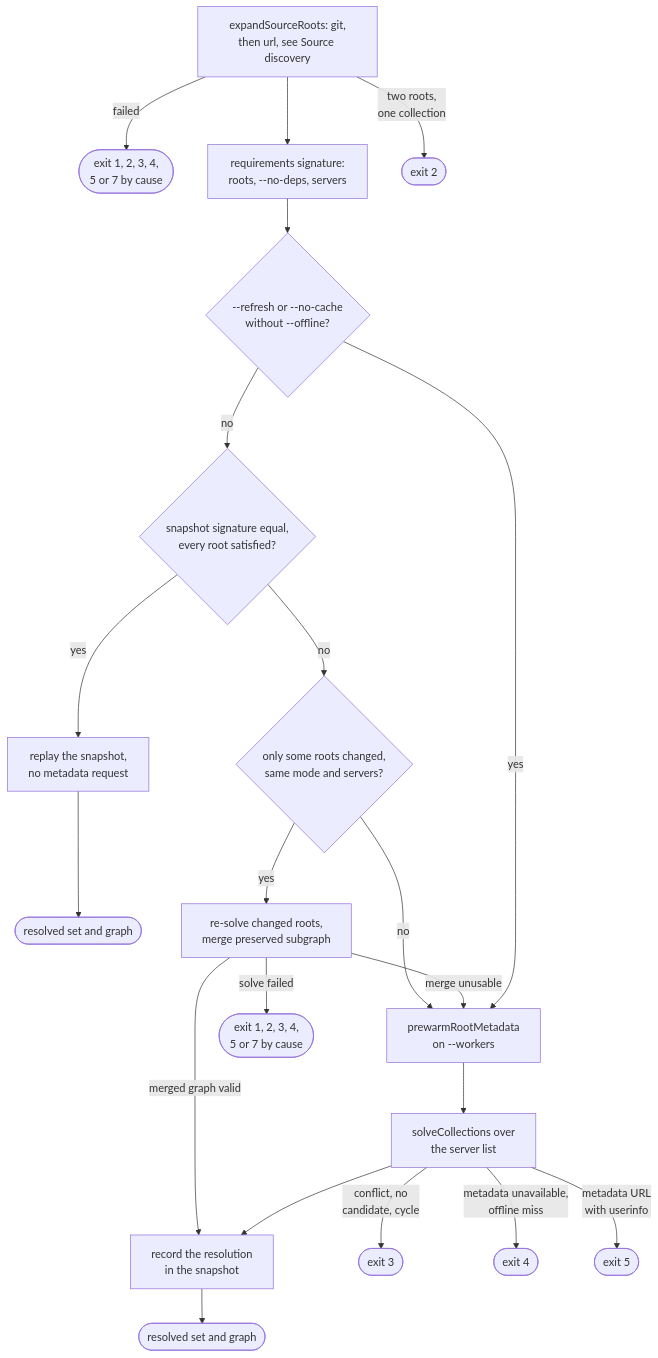
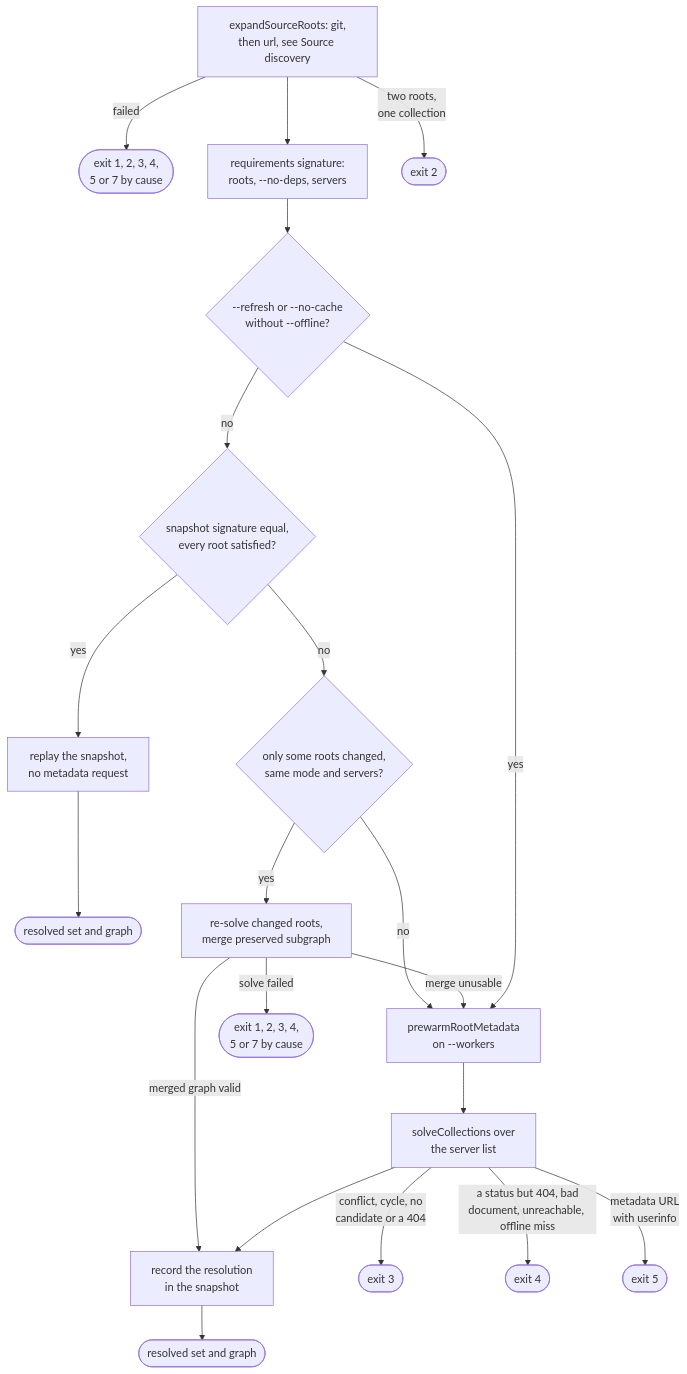
Before and after one commit to greeddj/go-galaxy: the third of 7 diagrams in docs/internals/flow-install.md, drawn with Mermaid. The commit also changed other lines of this file and 25 other files, not shown here.

````diff
--- a/docs/internals/flow-install.md
+++ b/docs/internals/flow-install.md
@@ -72,23 +72,23 @@
 ```mermaid
 flowchart TD
   R1["expandSourceRoots: git,<br/>then url, see Source discovery"] -->|"failed"| RXD(["exit 1, 2, 3, 4,<br/>5 or 7 by cause"])
   R1 --> R2["requirements signature:<br/>roots, --no-deps, servers"]
   R1 -->|"two roots,<br/>one collection"| RX2(["exit 2"])
   R2 --> R3{"--refresh or --no-cache<br/>without --offline?"}
   R3 -->|"no"| R4{"snapshot signature equal,<br/>every root satisfied?"}
   R4 -->|"yes"| R5["replay the snapshot,<br/>no metadata request"]
   R5 --> R11A(["resolved set and graph"])
   R4 -->|"no"| R6{"only some roots changed,<br/>same mode and servers?"}
   R6 -->|"no"| R8["prewarmRootMetadata<br/>on --workers"]
   R6 -->|"yes"| R7["re-solve changed roots,<br/>merge preserved subgraph"]
   R7 -->|"merge unusable"| R8
   R7 -->|"solve failed"| RXD2(["exit 1, 2, 3, 4,<br/>5 or 7 by cause"])
   R7 -->|"merged graph valid"| R10
   R3 -->|"yes"| R8
   R8 --> R9["solveCollections over<br/>the server list"]
-  R9 -->|"conflict, no<br/>candidate, cycle"| RX3(["exit 3"])
-  R9 -->|"metadata unavailable,<br/>offline miss"| RX4(["exit 4"])
+  R9 -->|"conflict, cycle, no<br/>candidate or a 404"| RX3(["exit 3"])
+  R9 -->|"a status but 404, bad<br/>document, unreachable, offline miss"| RX4(["exit 4"])
   R9 -->|"metadata URL<br/>with userinfo"| RX5(["exit 5"])
   R9 --> R10["record the resolution<br/>in the snapshot"]
   R10 --> R11(["resolved set and graph"])
 ```
````
